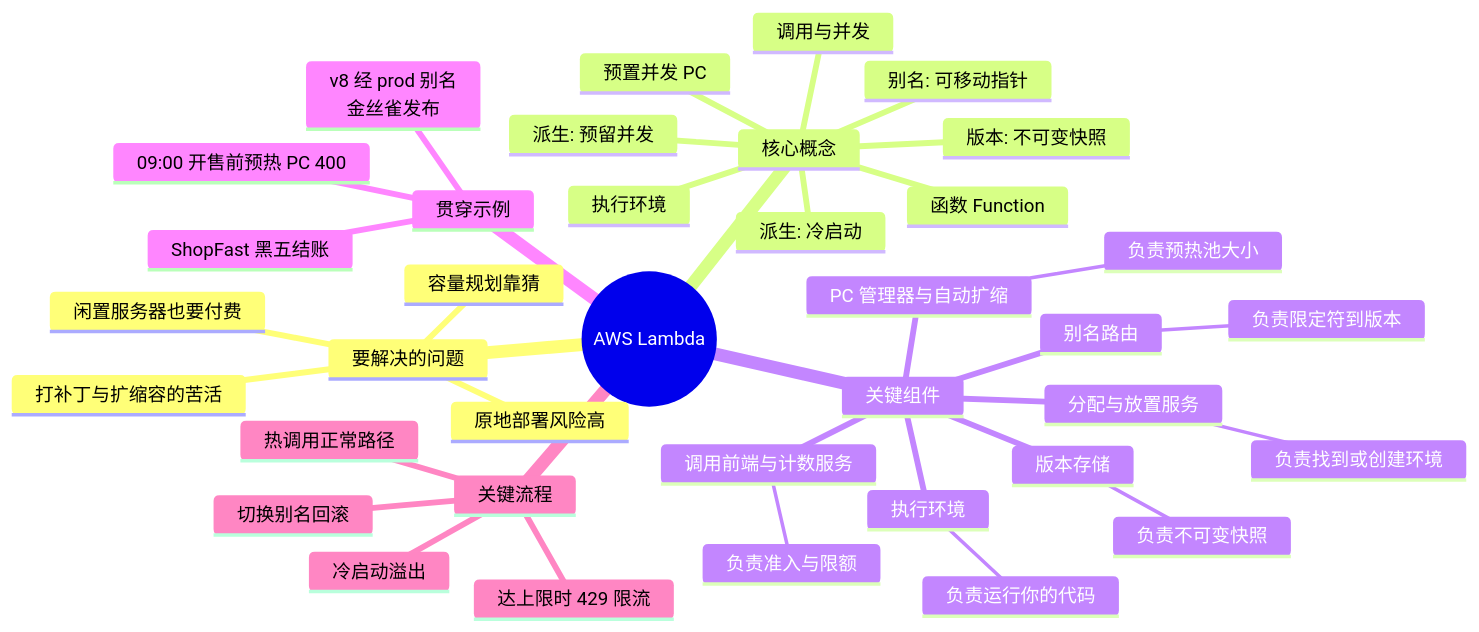
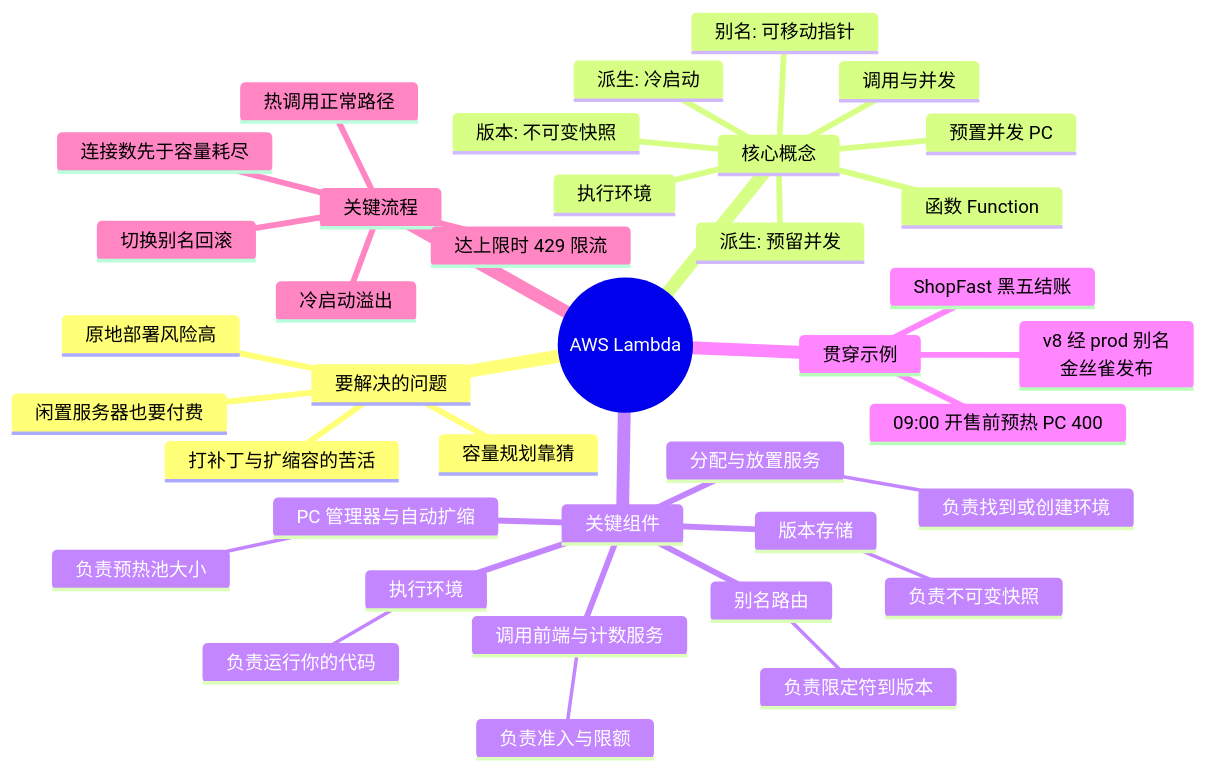
Before and after one commit to geekchow/aws-lambda-guide: the first of 2 diagrams in aws-lambda-guide-cn/00-overview.md, drawn with Mermaid. The commit also changed other lines of this file and 16 other files, not shown here.

````diff
--- a/aws-lambda-guide-cn/00-overview.md
+++ b/aws-lambda-guide-cn/00-overview.md
@@ -52,40 +52,41 @@
 ```mermaid
 mindmap
   root((AWS Lambda))
     要解决的问题
       闲置服务器也要付费
       容量规划靠猜
       打补丁与扩缩容的苦活
       原地部署风险高
     核心概念
       函数 Function
       执行环境
       调用与并发
       版本: 不可变快照
       别名: 可移动指针
       预置并发 PC
       派生: 冷启动
       派生: 预留并发
     关键组件
       版本存储
         负责不可变快照
       别名路由
         负责限定符到版本
       PC 管理器与自动扩缩
         负责预热池大小
       调用前端与计数服务
         负责准入与限额
       分配与放置服务
         负责找到或创建环境
       执行环境
         负责运行你的代码
     贯穿示例
       ShopFast 黑五结账
       v8 经 prod 别名<br/>金丝雀发布
       09:00 开售前预热 PC 400
     关键流程
       热调用正常路径
       冷启动溢出
       达上限时 429 限流
       切换别名回滚
+      连接数先于容量耗尽
 ```
````
